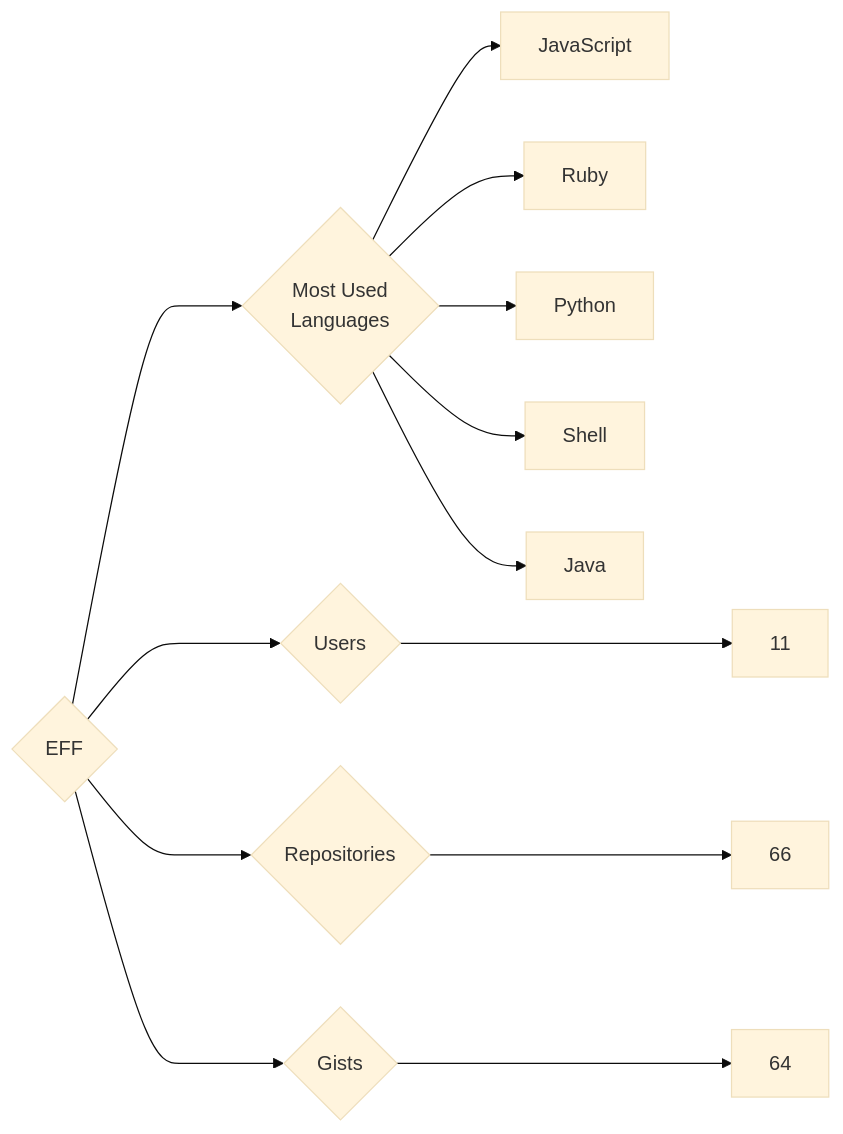
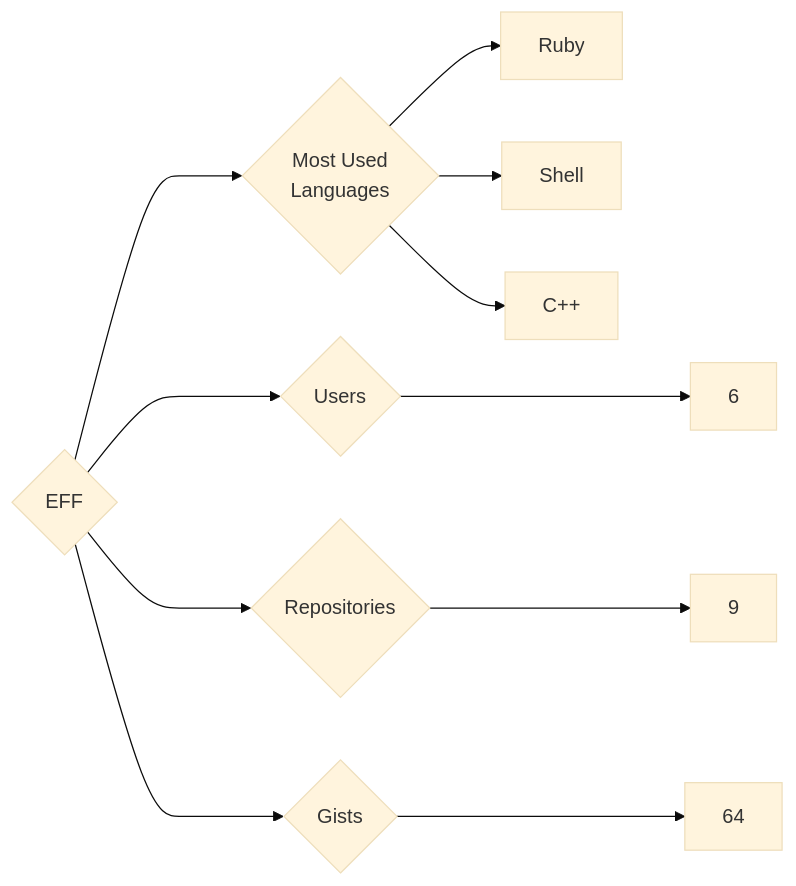
One commit to trickest/insiders changed the diagram in targets/EFF/README.md. Above: the diagram before and after it, drawn with Mermaid (base theme). The commit also changed 676 other files, not shown here.

````diff
--- a/targets/EFF/README.md
+++ b/targets/EFF/README.md
@@ -3,13 +3,11 @@
 ```mermaid
 graph LR
 COMPANY_NAME{EFF}
-COMPANY_NAME ---> U{Users} ---> UN[11]
-COMPANY_NAME ---> R{Repositories} ---> RN[66]
+COMPANY_NAME ---> U{Users} ---> UN[6]
+COMPANY_NAME ---> R{Repositories} ---> RN[9]
 COMPANY_NAME ---> G{Gists} ---> GN[64]
 COMPANY_NAME ---> ML{Most Used<br>Languages}
-ML --> JavaScript[JavaScript]
 ML --> Ruby[Ruby]
-ML --> Python[Python]
 ML --> Shell[Shell]
-ML --> Java[Java]
+ML --> C++[C++]
 ```
````
